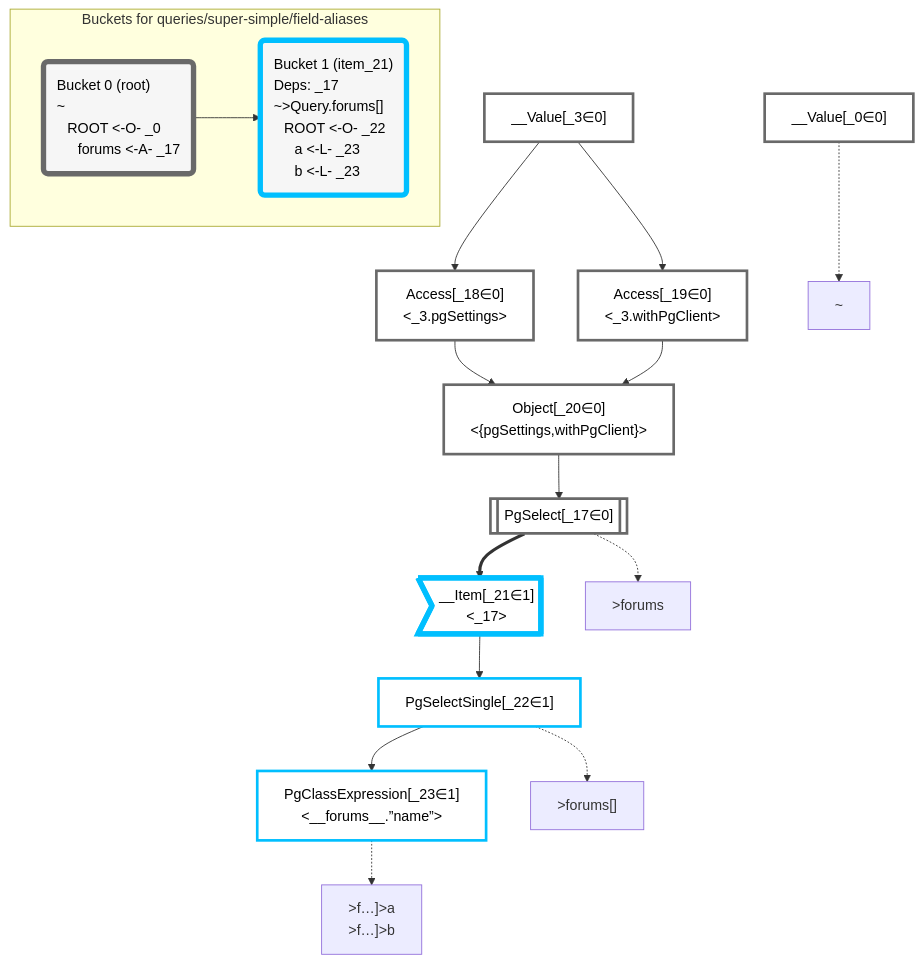
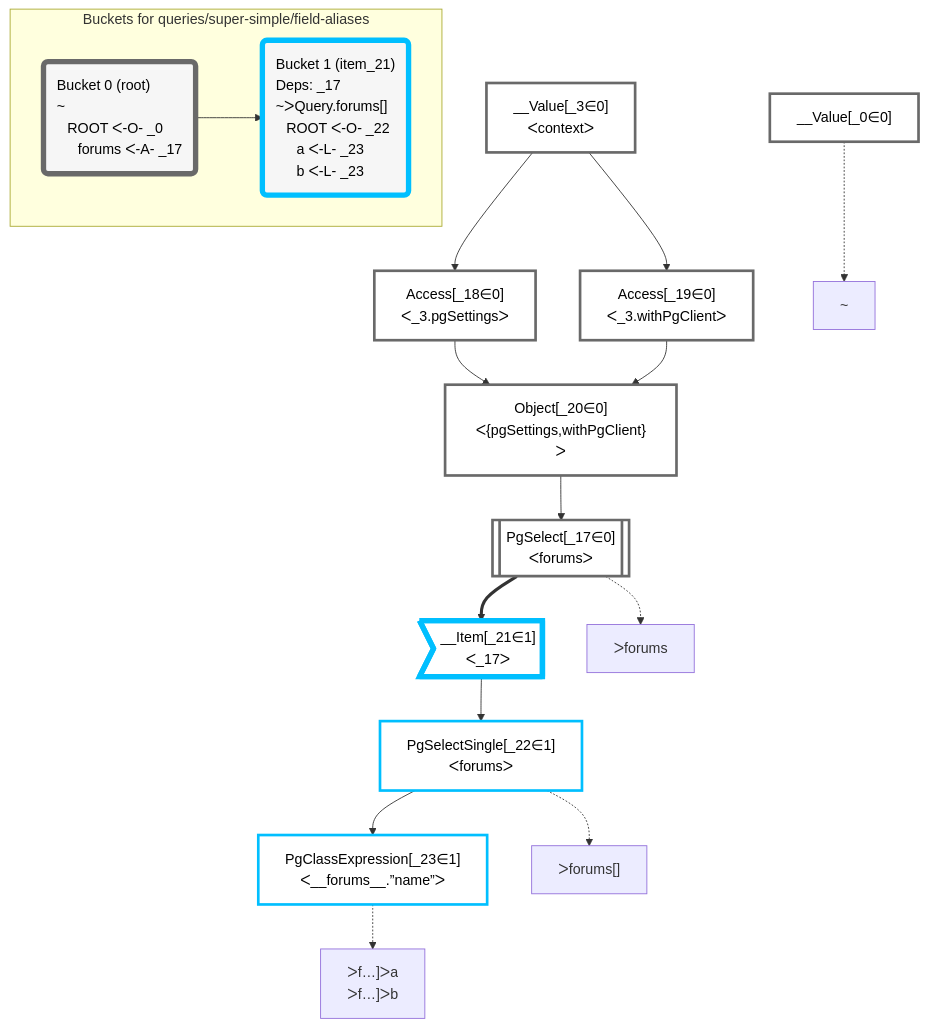
Before and after one commit to graphile/crystal: the diagram in packages/dataplan-pg/__tests__/queries/super-simple/field-aliases.mermaid.md, drawn with Mermaid. The commit also changed 195 other files, not shown here.

````diff
--- a/packages/dataplan-pg/__tests__/queries/super-simple/field-aliases.mermaid.md
+++ b/packages/dataplan-pg/__tests__/queries/super-simple/field-aliases.mermaid.md
@@ -1,54 +1,54 @@
 ```mermaid
 graph TD
     classDef path fill:#eee,stroke:#000,color:#000
     classDef plan fill:#fff,stroke-width:3px,color:#000
     classDef itemplan fill:#fff,stroke-width:6px,color:#000
     classDef sideeffectplan fill:#f00,stroke-width:6px,color:#000
     classDef bucket fill:#f6f6f6,color:#000,stroke-width:6px,text-align:left
 
 
     %% define plans
     __Value_0["__Value[_0∈0]"]:::plan
-    __Value_3["__Value[_3∈0]<br /><context>"]:::plan
-    PgSelect_17[["PgSelect[_17∈0]<br /><forums>"]]:::plan
-    Access_18["Access[_18∈0]<br /><_3.pgSettings>"]:::plan
-    Access_19["Access[_19∈0]<br /><_3.withPgClient>"]:::plan
-    Object_20["Object[_20∈0]<br /><{pgSettings,withPgClient}>"]:::plan
-    __Item_21>"__Item[_21∈1]<br /><_17>"]:::itemplan
-    PgSelectSingle_22["PgSelectSingle[_22∈1]<br /><forums>"]:::plan
-    PgClassExpression_23["PgClassExpression[_23∈1]<br /><__forums__.”name”>"]:::plan
+    __Value_3["__Value[_3∈0]<br />ᐸcontextᐳ"]:::plan
+    PgSelect_17[["PgSelect[_17∈0]<br />ᐸforumsᐳ"]]:::plan
+    Access_18["Access[_18∈0]<br />ᐸ_3.pgSettingsᐳ"]:::plan
+    Access_19["Access[_19∈0]<br />ᐸ_3.withPgClientᐳ"]:::plan
+    Object_20["Object[_20∈0]<br />ᐸ{pgSettings,withPgClient}ᐳ"]:::plan
+    __Item_21>"__Item[_21∈1]<br />ᐸ_17ᐳ"]:::itemplan
+    PgSelectSingle_22["PgSelectSingle[_22∈1]<br />ᐸforumsᐳ"]:::plan
+    PgClassExpression_23["PgClassExpression[_23∈1]<br />ᐸ__forums__.”name”ᐳ"]:::plan
 
     %% plan dependencies
     Object_20 --> PgSelect_17
     __Value_3 --> Access_18
     __Value_3 --> Access_19
     Access_18 --> Object_20
     Access_19 --> Object_20
     PgSelect_17 ==> __Item_21
     __Item_21 --> PgSelectSingle_22
     PgSelectSingle_22 --> PgClassExpression_23
 
     %% plan-to-path relationships
     P_0["~"]
     __Value_0 -.-> P_0
-    P_17[">forums"]
+    P_17["ᐳforums"]
     PgSelect_17 -.-> P_17
-    P_22[">forums[]"]
+    P_22["ᐳforums[]"]
     PgSelectSingle_22 -.-> P_22
-    P_23[">f…]>a<br />>f…]>b"]
+    P_23["ᐳf…]ᐳa<br />ᐳf…]ᐳb"]
     PgClassExpression_23 -.-> P_23
 
     %% allocate buckets
     classDef bucket0 stroke:#696969
     class __Value_0,__Value_3,PgSelect_17,Access_18,Access_19,Object_20 bucket0
     classDef bucket1 stroke:#00bfff
     class __Item_21,PgSelectSingle_22,PgClassExpression_23 bucket1
 
     subgraph "Buckets for queries/super-simple/field-aliases"
-    Bucket0("Bucket 0 (root)<br />~<br />⠀ROOT <-O- _0<br />⠀⠀forums <-A- _17"):::bucket
+    Bucket0("Bucket 0 (root)<br />~<br />⠀ROOT ᐸ-O- _0<br />⠀⠀forums ᐸ-A- _17"):::bucket
     style Bucket0 stroke:#696969
-    Bucket1("Bucket 1 (item_21)<br />Deps: _17<br />~>Query.forums[]<br />⠀ROOT <-O- _22<br />⠀⠀a <-L- _23<br />⠀⠀b <-L- _23"):::bucket
+    Bucket1("Bucket 1 (item_21)<br />Deps: _17<br />~ᐳQuery.forums[]<br />⠀ROOT ᐸ-O- _22<br />⠀⠀a ᐸ-L- _23<br />⠀⠀b ᐸ-L- _23"):::bucket
     style Bucket1 stroke:#00bfff
     Bucket0 --> Bucket1
     end
 ```
````
